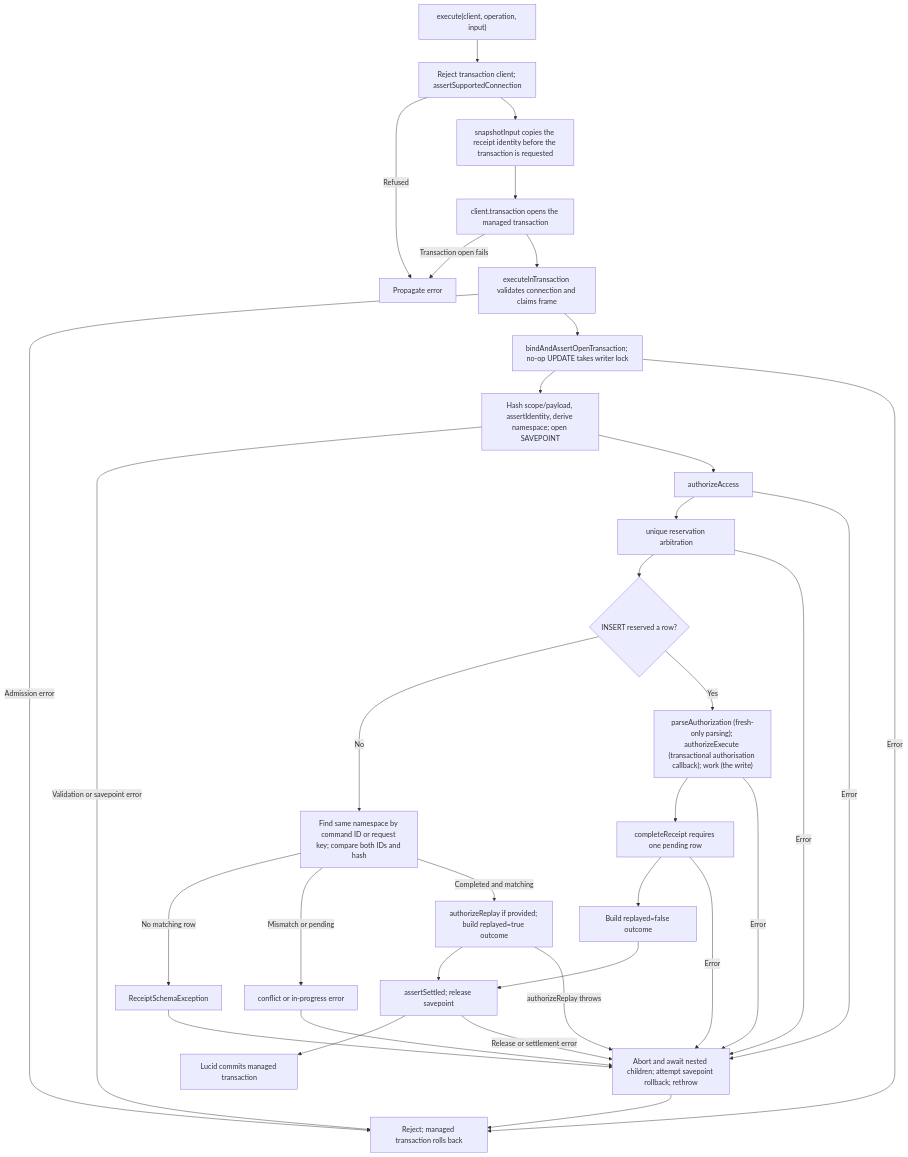
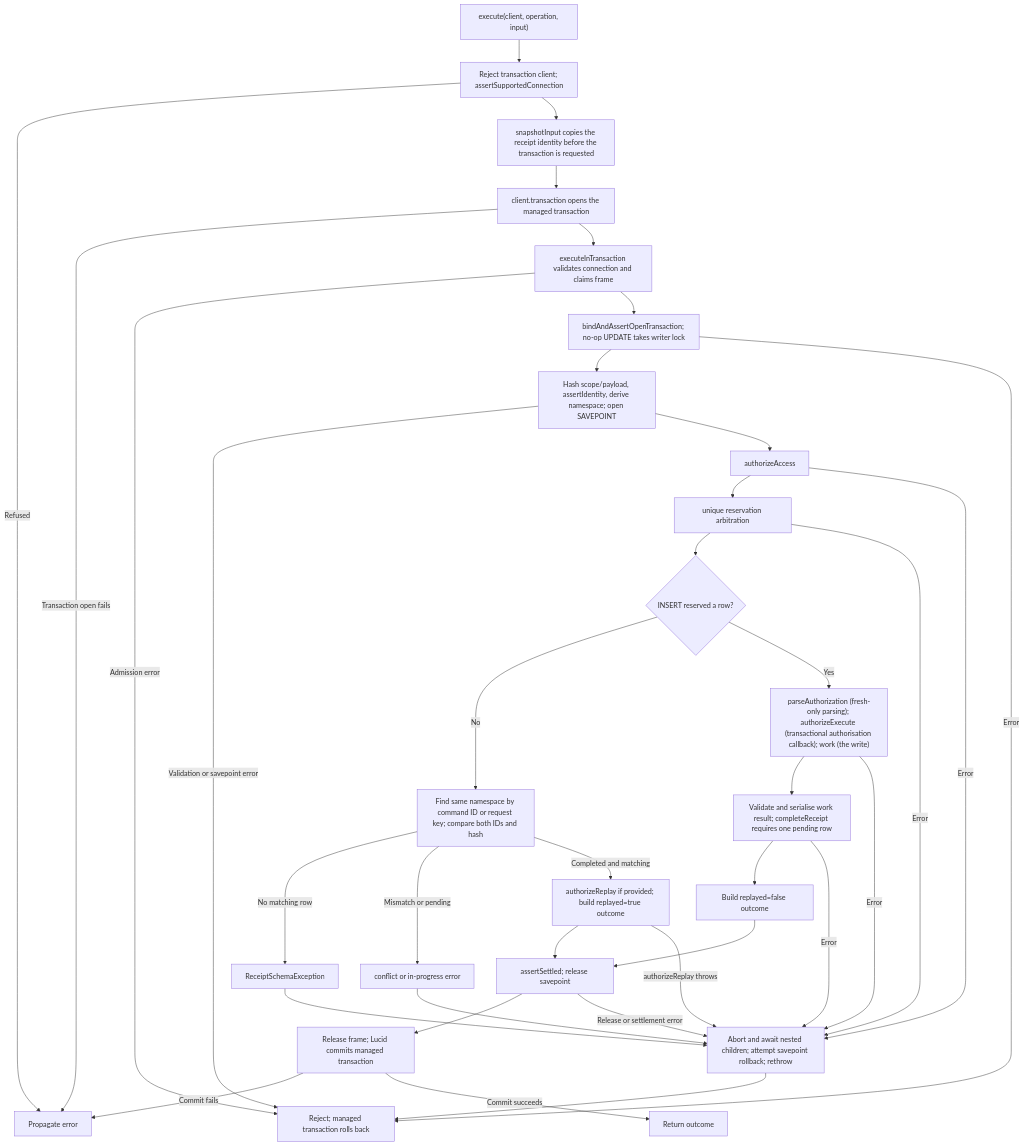
The second of 2 diagrams in user-stories/US-GUARD-01-execute-command.md (Kevinjohn/oss-adonisjs-duplicate-request-guard), drawn with Mermaid before and after one commit. The commit also changed other lines of this file and 7 other files, not shown here.

````diff
--- a/user-stories/US-GUARD-01-execute-command.md
+++ b/user-stories/US-GUARD-01-execute-command.md
@@ -57,36 +57,38 @@
 ```mermaid
 flowchart TD
     A["execute(client, operation, input)"] --> B["Reject transaction client; assertSupportedConnection"]
     B -->|Refused| X2["Propagate error"]
     B --> B2["snapshotInput copies the receipt identity before the transaction is requested"]
     B2 --> B3["client.transaction opens the managed transaction"]
     B3 -->|Transaction open fails| X2
     B3 --> C["executeInTransaction validates connection and claims frame"]
     C -->|Admission error| T
     C --> V["bindAndAssertOpenTransaction; no-op UPDATE takes writer lock"]
     V --> D["Hash scope/payload, assertIdentity, derive namespace; open SAVEPOINT"]
     V -->|Error| T["Reject; managed transaction rolls back"]
     D -->|Validation or savepoint error| T
     D --> D2["authorizeAccess"]
     D2 --> E["unique reservation arbitration"]
     E --> F{"INSERT reserved a row?"}
     E -->|Error| Y
     F -->|No| G["Find same namespace by command ID or request key; compare both IDs and hash"]
     G -->|No matching row| S["ReceiptSchemaException"]
     S --> Y
     G -->|Mismatch or pending| X["conflict or in-progress error"]
     G -->|Completed and matching| L["authorizeReplay if provided; build replayed=true outcome"]
     F -->|Yes| H["parseAuthorization (fresh-only parsing); authorizeExecute (transactional authorisation callback); work (the write)"]
-    H --> I["completeReceipt requires one pending row"]
+    H --> I["Validate and serialise work result; completeReceipt requires one pending row"]
     I --> J["Build replayed=false outcome"]
     L --> K["assertSettled; release savepoint"]
     J --> K
-    K --> M["Lucid commits managed transaction"]
+    K --> M["Release frame; Lucid commits managed transaction"]
+    M -->|Commit fails| X2
+    M -->|Commit succeeds| O["Return outcome"]
     K -->|Release or settlement error| Y
     D2 -->|Error| Y["Abort and await nested children; attempt savepoint rollback; rethrow"]
     X --> Y
     L -->|authorizeReplay throws| Y
     H -->|Error| Y
     I -->|Error| Y
     Y --> T
 ```
````
